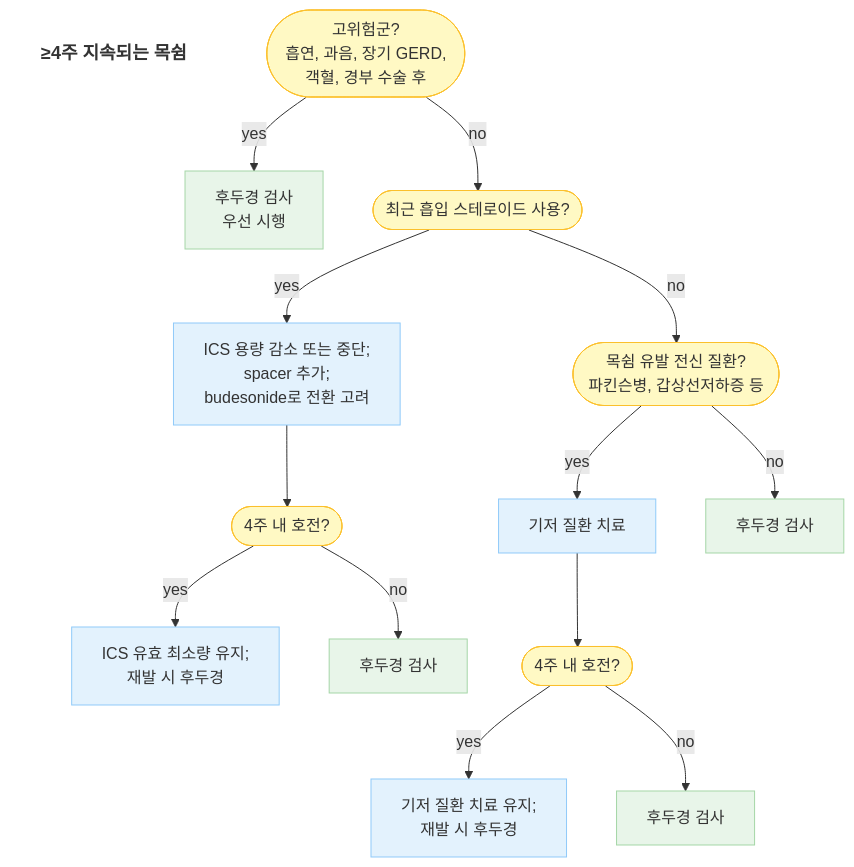
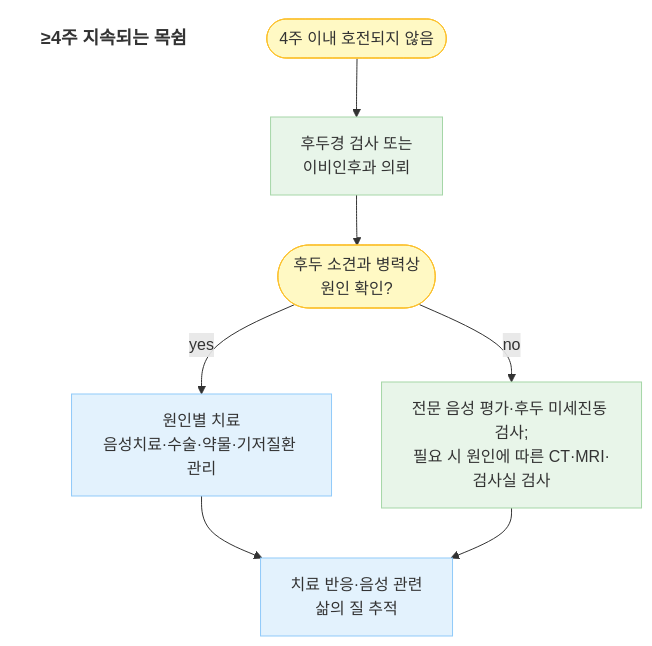
Before and after one commit to familyoh77/familyoh77: the second of 2 diagrams in 222_/058_-hoarseness.md, drawn with Mermaid. The commit also changed other lines of this file, not shown here.

````diff
--- a/222_/058_-hoarseness.md
+++ b/222_/058_-hoarseness.md
@@ -146,32 +139,21 @@
 ```mermaid
 graph TD
     Title[<b>≥4주 지속되는 목쉼</b>]
     style Title fill:none,stroke:none,font-size:18px
 
-    Start([고위험군?<br/>흡연, 과음, 장기 GERD,<br/>객혈, 경부 수술 후])
-
-    Start -- yes --> L1[후두경 검사<br/>우선 시행]
-    Start -- no --> Q2([최근 흡입 스테로이드 사용?])
-
-    Q2 -- yes --> A[ICS 용량 감소 또는 중단;<br/>spacer 추가;<br/>budesonide로 전환 고려]
-    Q2 -- no --> B([목쉼 유발 전신 질환?<br/>파킨슨병, 갑상선저하증 등])
-
-    A --> A1([4주 내 호전?])
-    A1 -- yes --> A2[ICS 유효 최소량 유지;<br/>재발 시 후두경]
-    A1 -- no --> L2[후두경 검사]
-
-    B -- yes --> C[기저 질환 치료]
-    B -- no --> L3[후두경 검사]
-
-    C --> C1([4주 내 호전?])
-    C1 -- yes --> C2[기저 질환 치료 유지;<br/>재발 시 후두경]
-    C1 -- no --> L4[후두경 검사]
+    Start([4주 이내 호전되지 않음])
+    Start --> L[후두경 검사 또는<br/>이비인후과 의뢰]
+    L --> Q([후두 소견과 병력상<br/>원인 확인?])
+    Q -- yes --> T[원인별 치료<br/>음성치료·수술·약물·기저질환 관리]
+    Q -- no --> W[전문 음성 평가·후두 미세진동 검사;<br/>필요 시 원인에 따른 CT·MRI·검사실 검사]
+    T --> F[치료 반응·음성 관련<br/>삶의 질 추적]
+    W --> F
 
     classDef yellow fill:#FFF9C4,stroke:#FBC02D;
     classDef blue fill:#E3F2FD,stroke:#90CAF9;
     classDef green fill:#E8F5E9,stroke:#A5D6A7;
 
-    class Start,Q2,B,A1,C1 yellow;
-    class A,A2,C,C2 blue;
-    class L1,L2,L3,L4 green;
+    class Start,Q yellow;
+    class T,F blue;
+    class L,W green;
 ```
````
